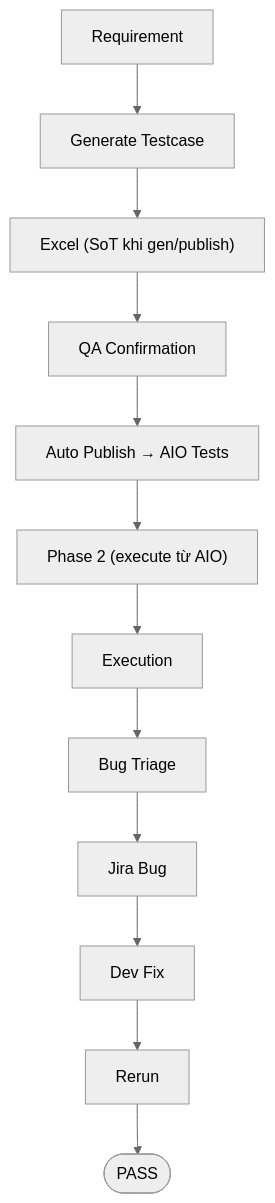
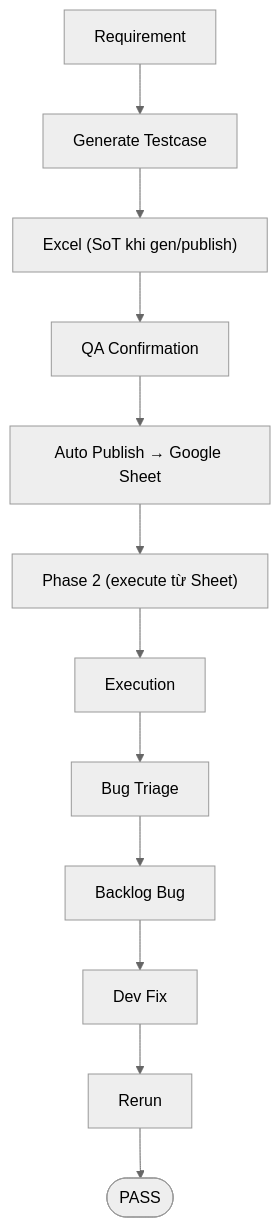
The second of 3 diagrams in README.md (hungmanh0206/test-automation-kit-qig), drawn with Mermaid (neutral theme) before and after one commit. The commit also changed other lines of this file and 108 other files, not shown here.

First line of the commit message:
feat(kit): migrate Jira -> Backlog, AIO Tests -> Google Sheet, sync docs

````diff
--- a/README.md
+++ b/README.md
@@ -46,14 +46,14 @@
 ```mermaid
 flowchart TD
     A[Requirement] --> B[Generate Testcase]
     B --> C["Excel (SoT khi gen/publish)"]
     C --> D[QA Confirmation]
-    D --> E[Auto Publish → AIO Tests]
-    E --> F["Phase 2 (execute từ AIO)"]
+    D --> E[Auto Publish → Google Sheet]
+    E --> F["Phase 2 (execute từ Sheet)"]
     F --> G[Execution]
     G --> H[Bug Triage]
-    H --> I[Jira Bug]
+    H --> I[Backlog Bug]
     I --> J[Dev Fix]
     J --> K[Rerun]
     K --> L([PASS])
 ```
````
